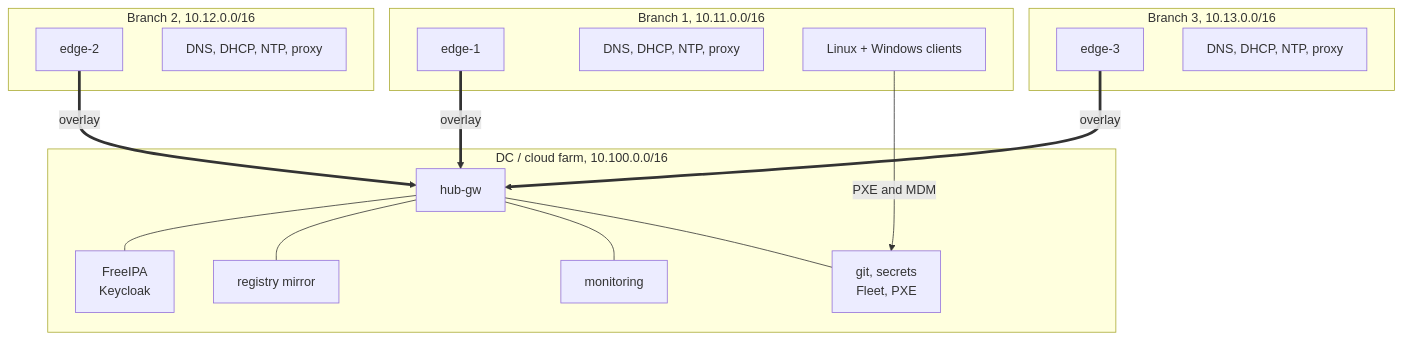
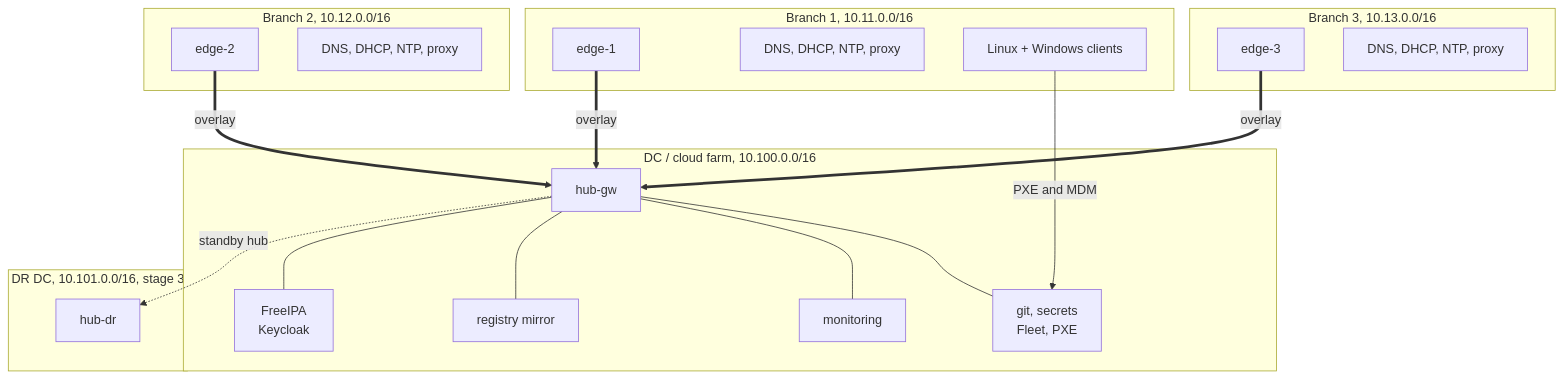
One commit to ultus-net/ultus-corp changed the diagram in docs/superpowers/specs/2026-11-26-ultus-corp-design.md. Above: the diagram before and after it, drawn with Mermaid. The commit also changed other lines of this file and 2 other files, not shown here.

Commit message:
docs: confirm hub-and-spoke with a primary DC and a DR DC

````diff
--- a/docs/superpowers/specs/2026-11-26-ultus-corp-design.md
+++ b/docs/superpowers/specs/2026-11-26-ultus-corp-design.md
@@ -256,31 +264,35 @@
 ```mermaid
 flowchart TB
   subgraph dc["DC / cloud farm, 10.100.0.0/16"]
     HUB[hub-gw]
     ID["FreeIPA<br/>Keycloak"]
     REG[registry mirror]
     MON[monitoring]
     AUX["git, secrets<br/>Fleet, PXE"]
+  end
+  subgraph dr["DR DC, 10.101.0.0/16, stage 3"]
+    DRH[hub-dr]
   end
   subgraph b1["Branch 1, 10.11.0.0/16"]
     E1[edge-1]
     L1["DNS, DHCP, NTP, proxy"]
     C1["Linux + Windows clients"]
   end
   subgraph b2["Branch 2, 10.12.0.0/16"]
     E2[edge-2]
     L2["DNS, DHCP, NTP, proxy"]
   end
   subgraph b3["Branch 3, 10.13.0.0/16"]
     E3[edge-3]
     L3["DNS, DHCP, NTP, proxy"]
   end
   E1 == overlay ==> HUB
   E2 == overlay ==> HUB
   E3 == overlay ==> HUB
+  HUB -. standby hub .-> DRH
   HUB --- ID
   HUB --- REG
   HUB --- MON
   HUB --- AUX
   C1 -->|PXE and MDM| AUX
 ```
````
